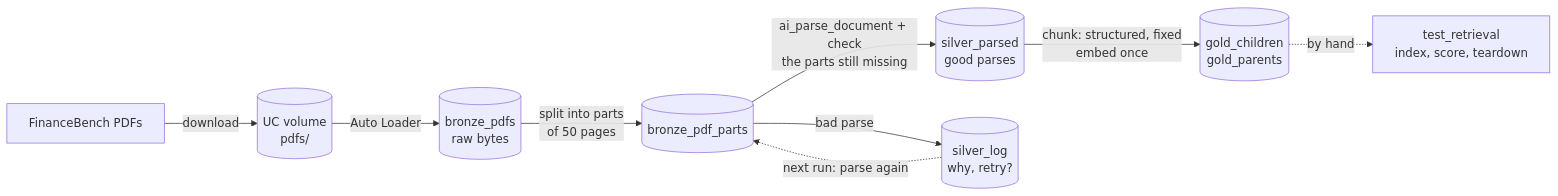
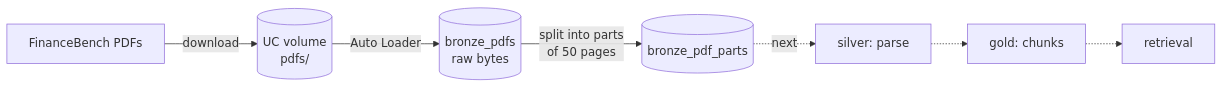
Before and after one commit to SuddhaswattaMaityUK/dbx-finance-bench-rag: the diagram in README.md, drawn with Mermaid. The commit also changed other lines of this file and 34 other files, not shown here.

````diff
--- a/README.md
+++ b/README.md
@@ -9,11 +9,9 @@
 ```mermaid
 flowchart LR
     A[FinanceBench PDFs] -->|download| V[(UC volume<br/>pdfs/)]
     V -->|Auto Loader| B[(bronze_pdfs<br/>raw bytes)]
     B -->|"split into parts<br/>of 50 pages"| T[("bronze_pdf_parts")]
-    T -->|"ai_parse_document + check<br/>the parts still missing"| P[("silver_parsed<br/>good parses")]
-    T -->|"bad parse"| L[("silver_log<br/>why, retry?")]
-    L -.->|"next run: parse again"| T
-    P -->|"chunk: structured, fixed<br/>embed once"| G[("gold_children<br/>gold_parents")]
-    G -.->|"by hand"| R["test_retrieval<br/>index, score, teardown"]
+    T -.->|next| S["silver: parse"]
+    S -.-> G["gold: chunks"]
+    G -.-> R["retrieval"]
 ```
````
